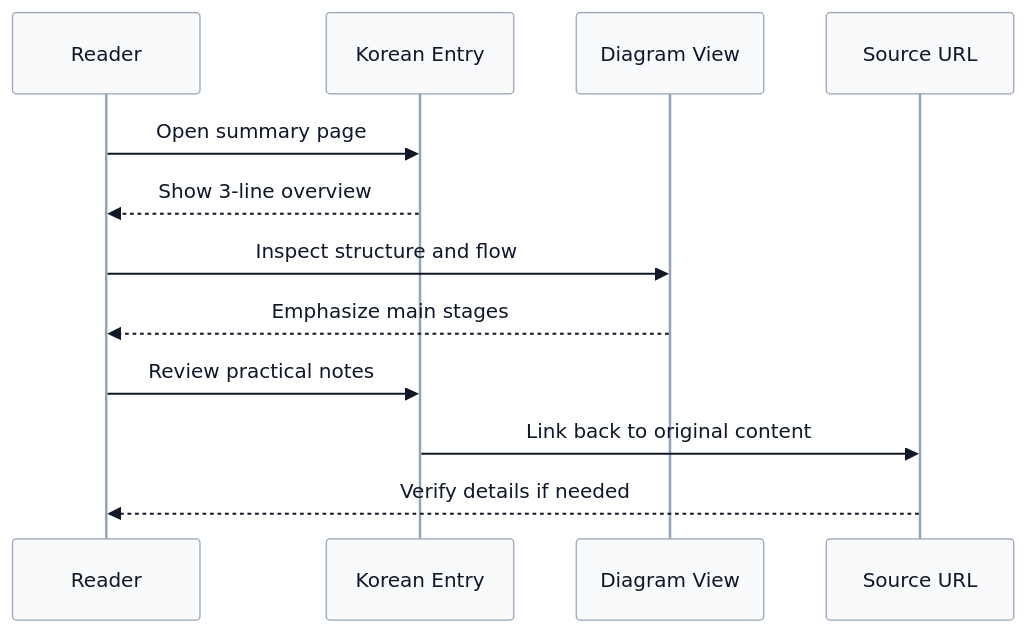
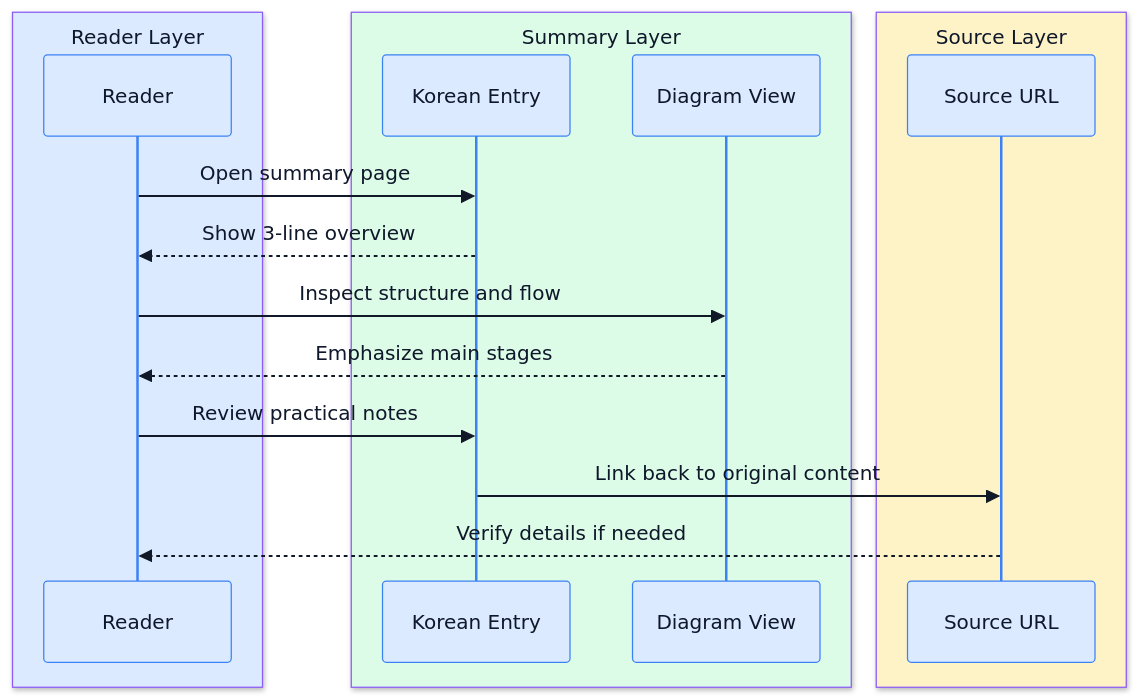
One commit to seihwanMoon/skillrnd changed the second of 2 diagrams in docs/githubstudy/generated/example/index.md. Above: the diagram before and after it, drawn with Mermaid. The commit also changed other lines of this file and 8 other files, not shown here.

Commit message:
Restore diagram controls and refresh study pages

````diff
--- a/docs/githubstudy/generated/example/index.md
+++ b/docs/githubstudy/generated/example/index.md
@@ -93,15 +93,21 @@
 ```mermaid
-%%{init: {'theme':'base','themeVariables': {'primaryColor':'#ede9fe','primaryTextColor':'#0f172a','primaryBorderColor':'#7c3aed','lineColor':'#111827','signalColor':'#111827','actorBkg':'#f8fafc','actorBorder':'#94a3b8','activationBkgColor':'#fef3c7','activationBorderColor':'#f59e0b','fontFamily':'Inter, sans-serif'}}}%%
+%%{init: {'theme':'base','themeVariables': {'primaryColor':'#ede9fe','primaryTextColor':'#0f172a','primaryBorderColor':'#8b5cf6','lineColor':'#111827','signalColor':'#111827','actorBkg':'#dbeafe','actorBorder':'#3b82f6','activationBkgColor':'#fef3c7','activationBorderColor':'#f59e0b','fontFamily':'Inter, sans-serif'}}}%%
 sequenceDiagram
+    box rgb(219,234,254) Reader Layer
     participant Reader as Reader
+    end
+    box rgb(220,252,231) Summary Layer
     participant Entry as Korean Entry
     participant Diagram as Diagram View
+    end
+    box rgb(254,243,199) Source Layer
     participant Source as Source URL
+    end
     Reader->>Entry: Open summary page
     Entry-->>Reader: Show 3-line overview
     Reader->>Diagram: Inspect structure and flow
     Diagram-->>Reader: Emphasize main stages
     Reader->>Entry: Review practical notes
     Entry->>Source: Link back to original content
     Source-->>Reader: Verify details if needed
 ```
````
